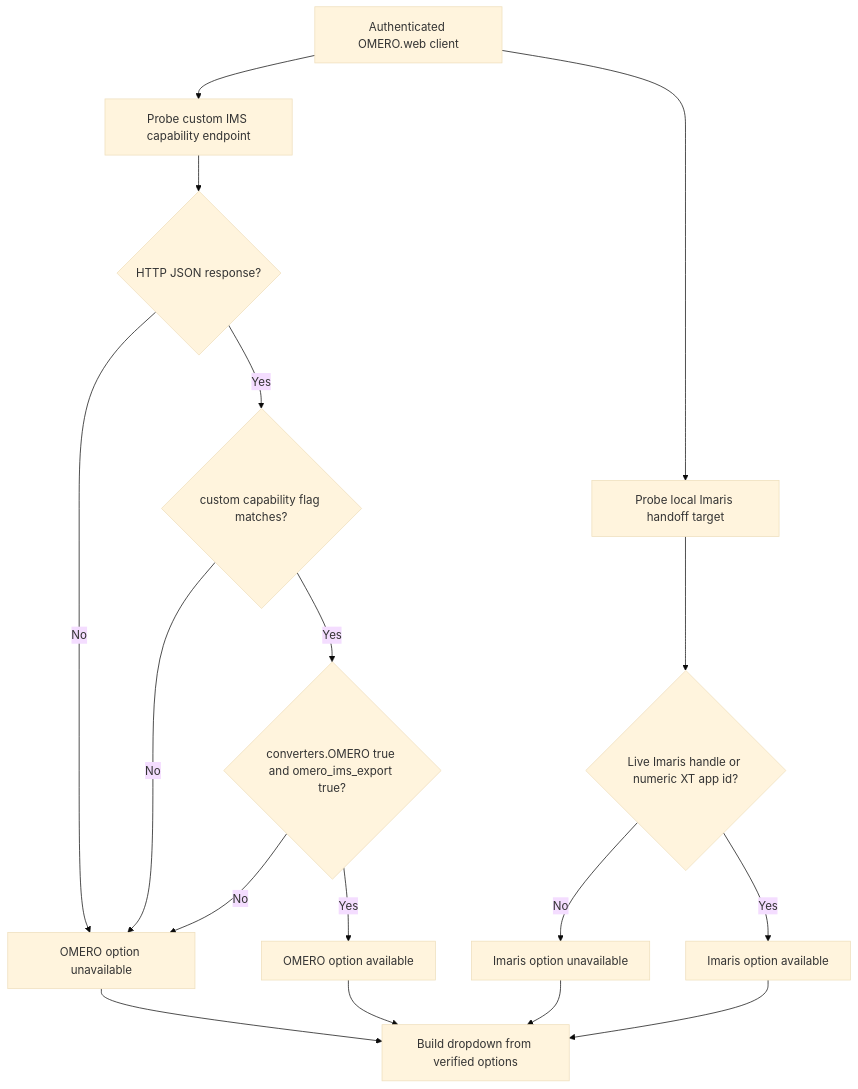
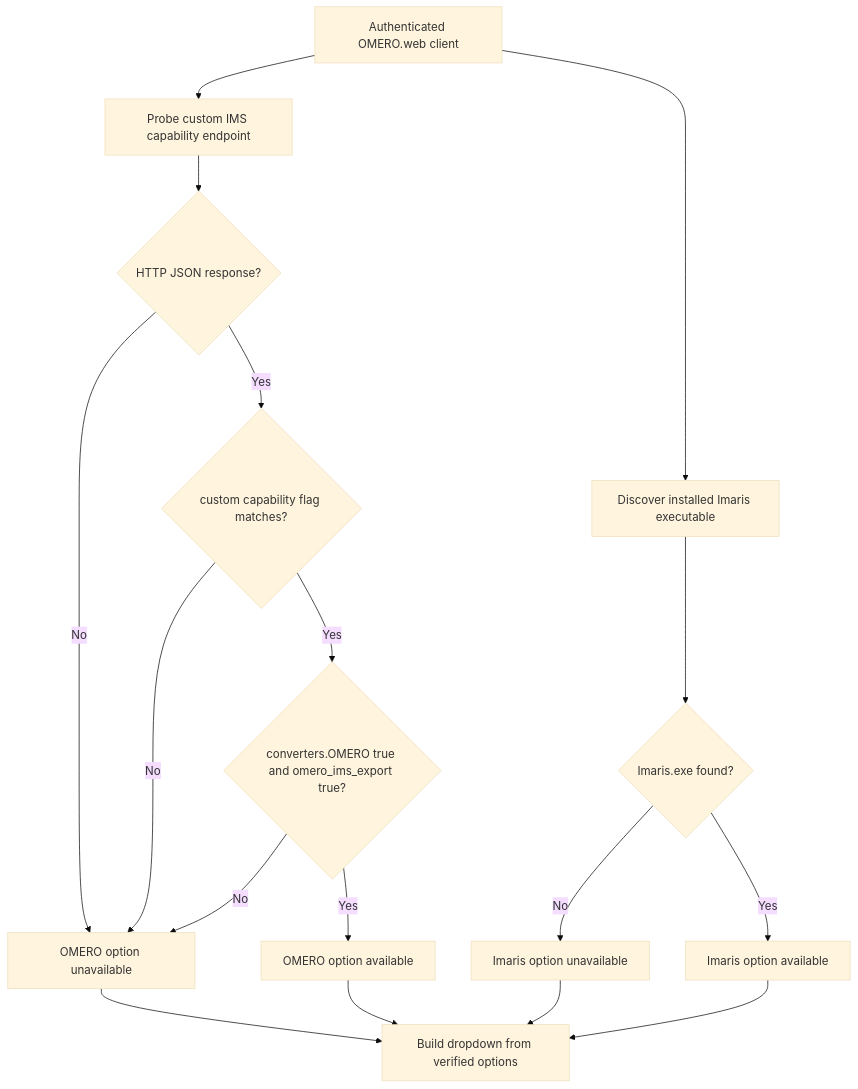
Before and after one commit to ZMB-UZH/omero-docker-extended: the second of 7 diagrams in docs/plugins/imaris-connector-workflow.md, drawn with Mermaid (base theme). The commit also changed other lines of this file and 4 other files, not shown here.

Commit message:
Use Imaris executable for selected-image handoff

````diff
--- a/docs/plugins/imaris-connector-workflow.md
+++ b/docs/plugins/imaris-connector-workflow.md
@@ -56,21 +58,21 @@
 ```mermaid
 flowchart TD
     A[Authenticated OMERO.web client] --> B[Probe custom IMS capability endpoint]
     B --> C{HTTP JSON response?}
     C -->|No| D[OMERO option unavailable]
     C -->|Yes| E{custom capability flag matches?}
     E -->|No| D
     E -->|Yes| F{converters.OMERO true and omero_ims_export true?}
     F -->|No| D
     F -->|Yes| G[OMERO option available]
 
-    A --> H[Probe local Imaris handoff target]
-    H --> I{Live Imaris handle or numeric XT app id?}
+    A --> H[Discover installed Imaris executable]
+    H --> I{Imaris.exe found?}
     I -->|No| J[Imaris option unavailable]
     I -->|Yes| K[Imaris option available]
 
     G --> L[Build dropdown from verified options]
     D --> L
     K --> L
     J --> L
 ```
````
